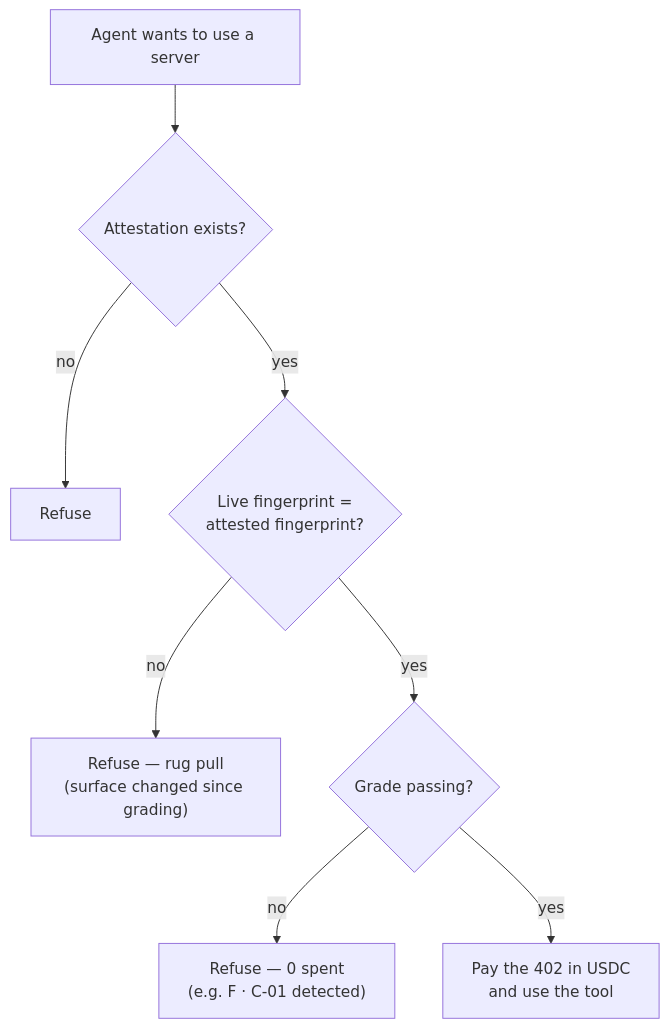
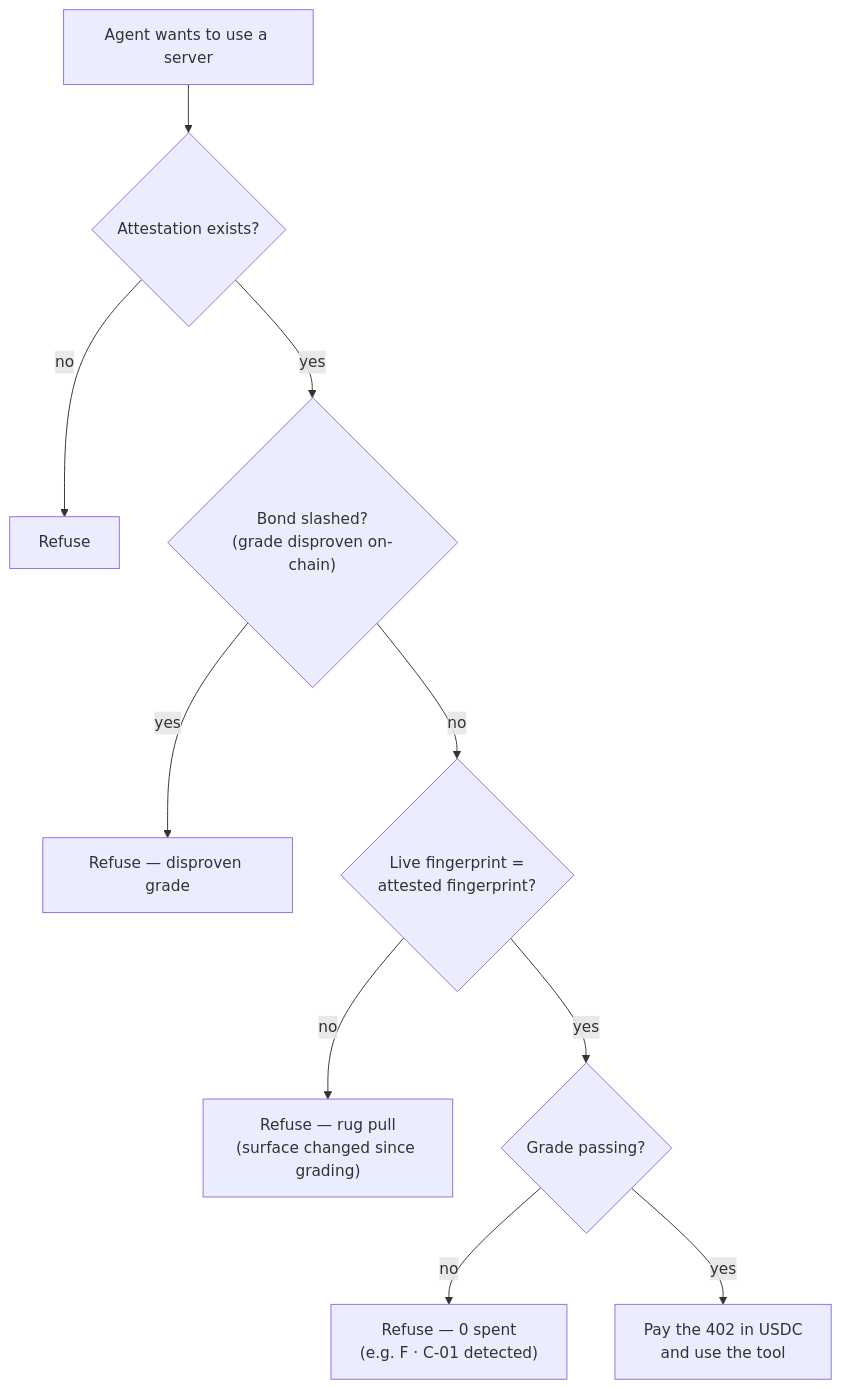
The seventh of 7 diagrams in docs/how-it-works.md (polygraphso/litmus), drawn with Mermaid before and after one commit. The commit also changed other lines of this file and 8 other files, not shown here.

````diff
--- a/docs/how-it-works.md
+++ b/docs/how-it-works.md
@@ -190,10 +192,12 @@
 ```mermaid
 flowchart TD
     S["Agent wants to use a server"] --> Q1{"Attestation exists?"}
     Q1 -->|no| R1["Refuse"]
-    Q1 -->|yes| Q2{"Live fingerprint =<br/>attested fingerprint?"}
+    Q1 -->|yes| QB{"Bond slashed?<br/>(grade disproven on-chain)"}
+    QB -->|yes| RB["Refuse — disproven grade"]
+    QB -->|no| Q2{"Live fingerprint =<br/>attested fingerprint?"}
     Q2 -->|no| R2["Refuse — rug pull<br/>(surface changed since grading)"]
     Q2 -->|yes| Q3{"Grade passing?"}
     Q3 -->|no| R3["Refuse — 0 spent<br/>(e.g. F · C-01 detected)"]
     Q3 -->|yes| PAY["Pay the 402 in USDC<br/>and use the tool"]
 ```
````
